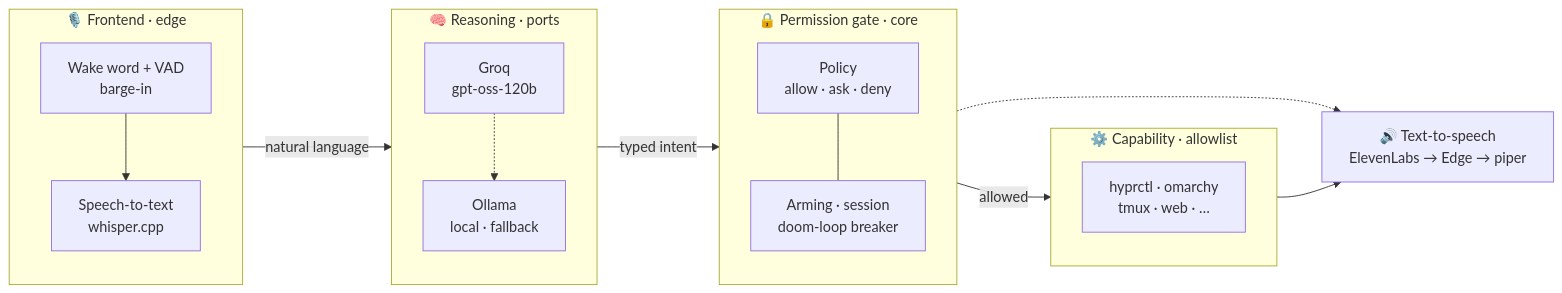
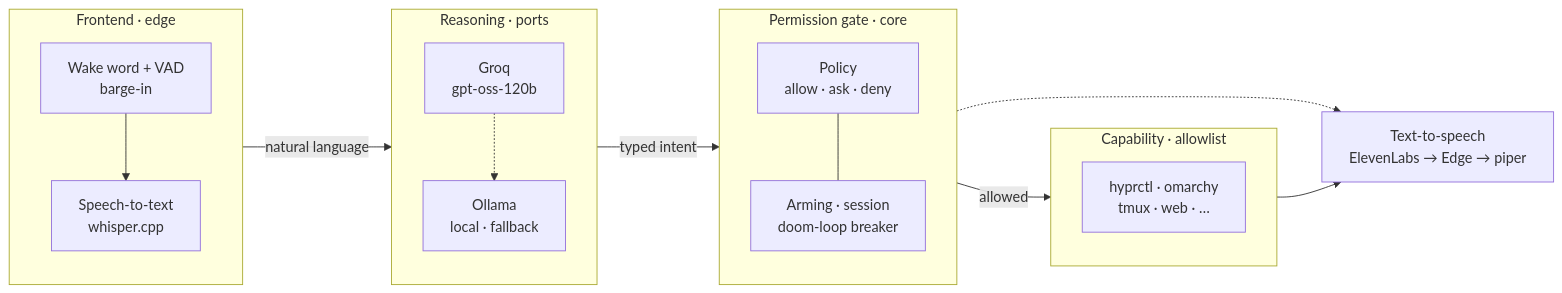
The first of 3 diagrams in README.md (xebastian153/hyprvalet), drawn with Mermaid before and after one commit. The commit also changed other lines of this file and 1 other file, not shown here.

Commit message:
docs(readme): neutral Spanish, and drop emojis from the diagrams
- rewrite README.es.md in neutral Spanish (no voseo), keeping technical
  terms consistent with the code.
- remove the emoji from every Mermaid diagram node/subgraph in both
  languages — plain labels read cleaner. The header title keeps its one
  emoji.

Diagrams are structurally identical to the previously validated ones and
use only Mermaid syntax confirmed to render.

````diff
--- a/README.md
+++ b/README.md
@@ -46,28 +46,28 @@
 ```mermaid
 flowchart LR
-    subgraph FE["🎙️ Frontend · edge"]
+    subgraph FE["Frontend · edge"]
         direction TB
         WW["Wake word + VAD<br/>barge-in"] --> STT["Speech-to-text<br/>whisper.cpp"]
     end
 
-    subgraph BR["🧠 Reasoning · ports"]
+    subgraph BR["Reasoning · ports"]
         direction TB
         GQ["Groq<br/>gpt-oss-120b"] -.-> OL["Ollama<br/>local · fallback"]
     end
 
-    subgraph GT["🔒 Permission gate · core"]
+    subgraph GT["Permission gate · core"]
         direction TB
         PO["Policy<br/>allow · ask · deny"] --- AR["Arming · session<br/>doom-loop breaker"]
     end
 
-    subgraph EX["⚙️ Capability · allowlist"]
+    subgraph EX["Capability · allowlist"]
         direction TB
         CA["hyprctl · omarchy<br/>tmux · web · …"]
     end
 
     STT -->|natural language| BR
     BR -->|typed intent| GT
     GT -->|allowed| EX
     GT -.-> TTS
-    EX --> TTS["🔊 Text-to-speech<br/>ElevenLabs → Edge → piper"]
+    EX --> TTS["Text-to-speech<br/>ElevenLabs → Edge → piper"]
 ```
````
